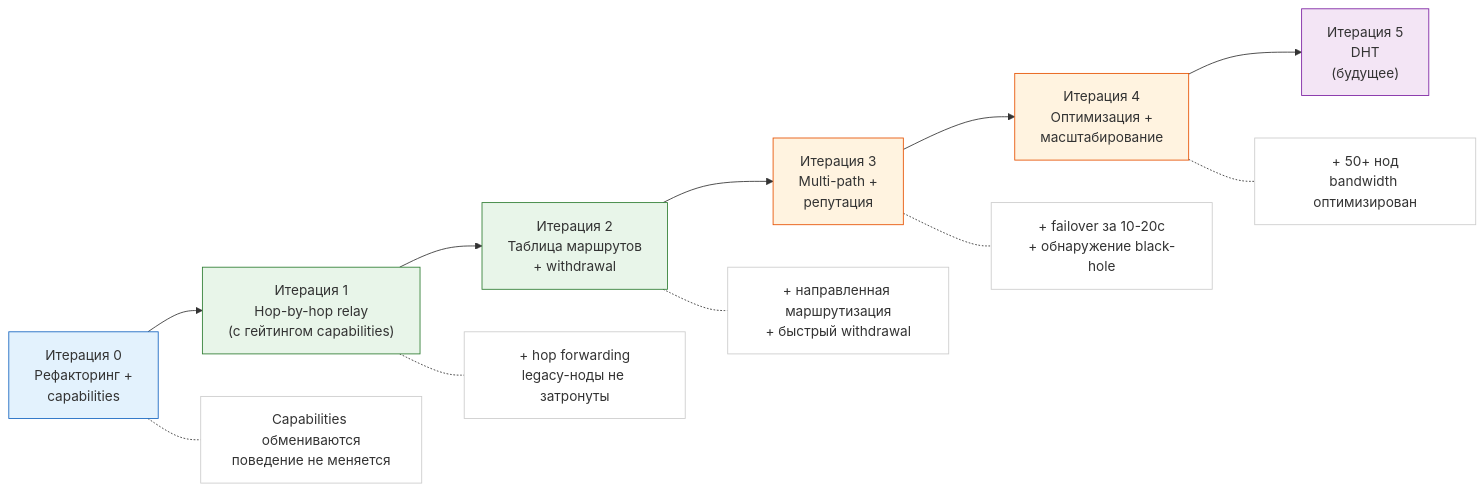
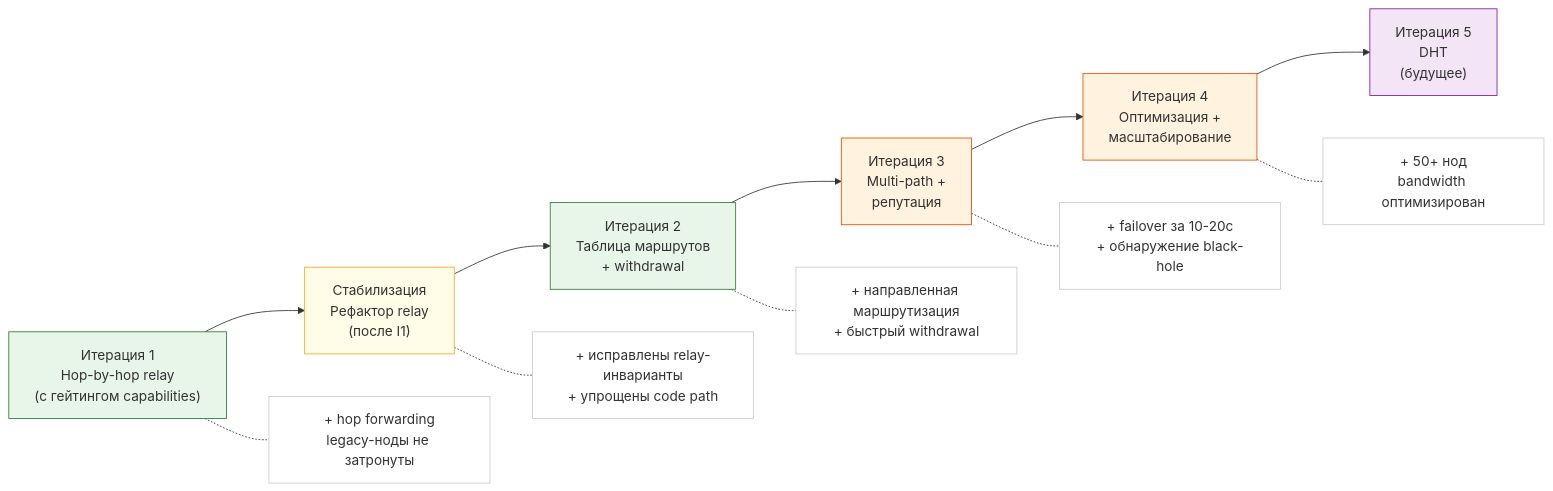
One commit to piratecash/corsa changed the fifth of 6 diagrams in docs/roadmap.ru.md. Above: the diagram before and after it, drawn with Mermaid. The commit also changed other lines of this file and 25 other files, not shown here.

````diff
--- a/docs/roadmap.ru.md
+++ b/docs/roadmap.ru.md
@@ -772,29 +872,29 @@
 ```mermaid
 graph LR
-    I0["Итерация 0<br/>Рефакторинг +<br/>capabilities"]
     I1["Итерация 1<br/>Hop-by-hop relay<br/>(с гейтингом capabilities)"]
+    R1["Стабилизация<br/>Рефактор relay<br/>(после I1)"]
     I2["Итерация 2<br/>Таблица маршрутов<br/>+ withdrawal"]
     I3["Итерация 3<br/>Multi-path +<br/>репутация"]
     I4["Итерация 4<br/>Оптимизация +<br/>масштабирование"]
     I5["Итерация 5<br/>DHT<br/>(будущее)"]
 
-    I0 --> I1 --> I2 --> I3 --> I4 --> I5
+    I1 --> R1 --> I2 --> I3 --> I4 --> I5
 
-    I0 -.- W0["Capabilities обмениваются<br/>поведение не меняется"]
     I1 -.- W1["+ hop forwarding<br/>legacy-ноды не затронуты"]
+    R1 -.- W1R["+ исправлены relay-инварианты<br/>+ упрощены code path"]
     I2 -.- W2["+ направленная маршрутизация<br/>+ быстрый withdrawal"]
     I3 -.- W3["+ failover за 10-20с<br/>+ обнаружение black-hole"]
     I4 -.- W4["+ 50+ нод<br/>bandwidth оптимизирован"]
 
-    style I0 fill:#e3f2fd,stroke:#1565c0
     style I1 fill:#e8f5e9,stroke:#2e7d32
+    style R1 fill:#fffde7,stroke:#f9a825
     style I2 fill:#e8f5e9,stroke:#2e7d32
     style I3 fill:#fff3e0,stroke:#e65100
     style I4 fill:#fff3e0,stroke:#e65100
     style I5 fill:#f3e5f5,stroke:#7b1fa2
-    style W0 fill:#ffffff,stroke:#ccc
     style W1 fill:#ffffff,stroke:#ccc
+    style W1R fill:#ffffff,stroke:#ccc
     style W2 fill:#ffffff,stroke:#ccc
     style W3 fill:#ffffff,stroke:#ccc
     style W4 fill:#ffffff,stroke:#ccc
 ```
````
